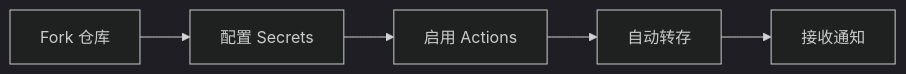
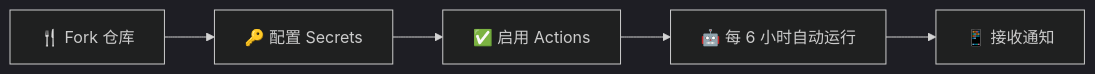
The second of 2 diagrams in README.md (1m01m0/baidu-autosave), drawn with Mermaid (dark theme) before and after one commit. The commit also changed other lines of this file and 2 other files, not shown here.

````diff
--- a/README.md
+++ b/README.md
@@ -53,7 +141,7 @@
 ```mermaid
 graph LR
-    A[Fork 仓库] --> B[配置 Secrets]
-    B --> C[启用 Actions]
-    C --> D[自动转存]
-    D --> E[接收通知]
+    A["🍴 Fork 仓库"] --> B["🔑 配置 Secrets"]
+    B --> C["✅ 启用 Actions"]
+    C --> D["🤖 每 6 小时自动运行"]
+    D --> E["📱 接收通知"]
 ```
````
